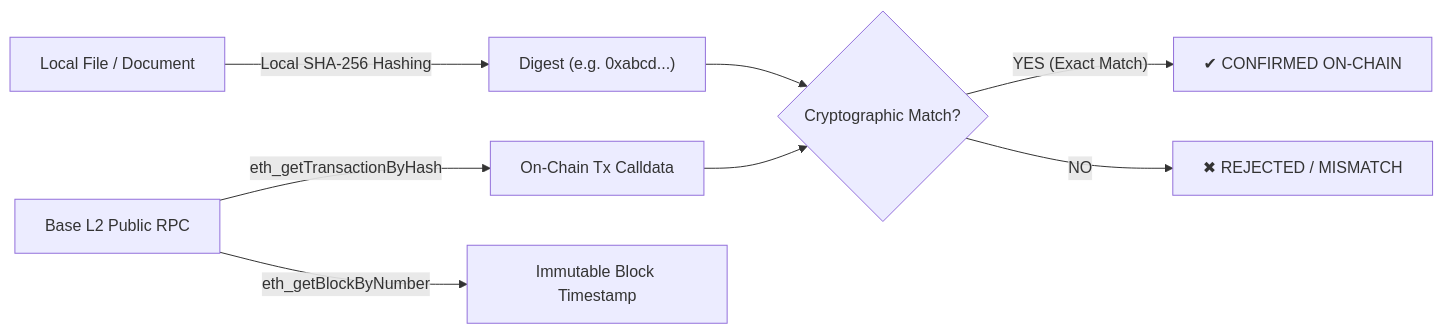
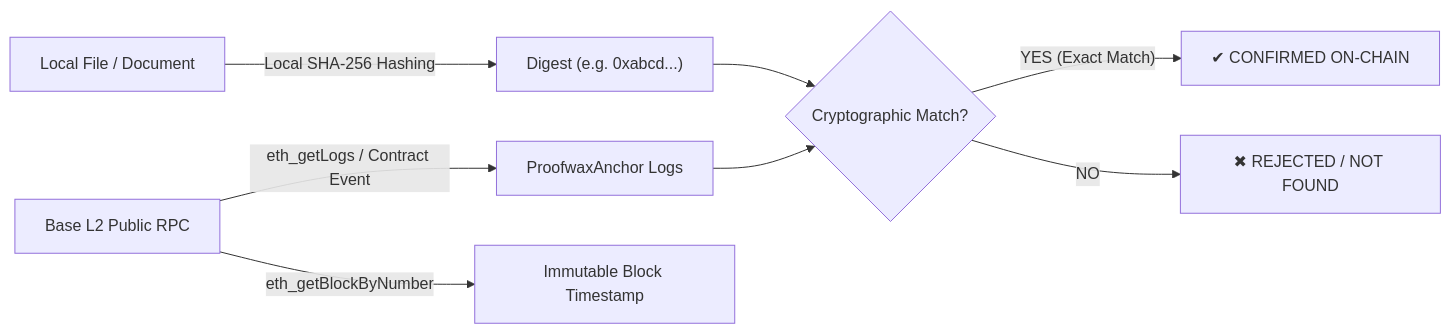
Before and after one commit to aipp-key/proofwax-verifier: the diagram in README.md, drawn with Mermaid. The commit also changed other lines of this file and 3 other files, not shown here.

Commit message:
feat: enable automatic Base smart contract event log auto-scan when txHash is omitted

````diff
--- a/README.md
+++ b/README.md
@@ -73,10 +76,10 @@
 ```mermaid
 flowchart LR
     A["Local File / Document"] -->|"Local SHA-256 Hashing"| B["Digest (e.g. 0xabcd...)"]
-    C["Base L2 Public RPC"] -->|"eth_getTransactionByHash"| D["On-Chain Tx Calldata"]
+    C["Base L2 Public RPC"] -->|"eth_getLogs / Contract Event"| D["ProofwaxAnchor Logs"]
     C -->|"eth_getBlockByNumber"| E["Immutable Block Timestamp"]
     B --> F{"Cryptographic Match?"}
     D --> F
     F -->|"YES (Exact Match)"| G["✔ CONFIRMED ON-CHAIN"]
-    F -->|"NO"| H["✖ REJECTED / MISMATCH"]
+    F -->|"NO"| H["✖ REJECTED / NOT FOUND"]
 ```
````
